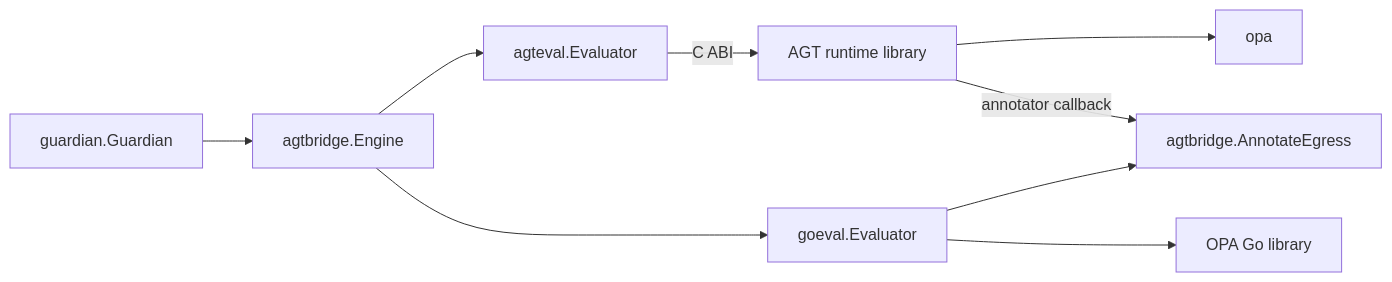
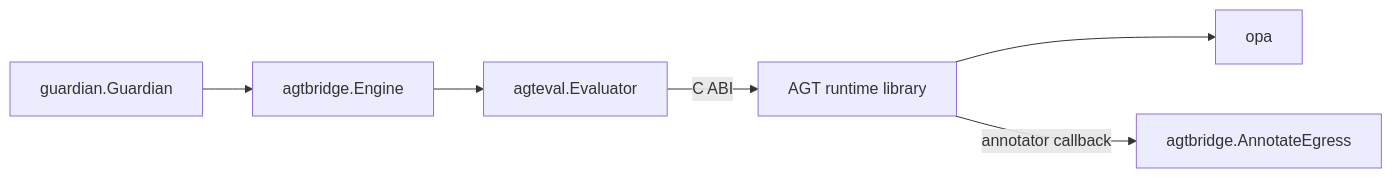
Before and after one commit to GenAI-Security-Project/agent-control-standard: the second of 8 diagrams in reference-implementations/agt-go/docs/architecture.md, drawn with Mermaid. The commit also changed other lines of this file and 49 other files, not shown here.

````diff
--- a/reference-implementations/agt-go/docs/architecture.md
+++ b/reference-implementations/agt-go/docs/architecture.md
@@ -57,11 +56,8 @@
 ```mermaid
 flowchart LR
     G[guardian.Guardian] --> E[agtbridge.Engine]
     E --> A[agteval.Evaluator]
-    E --> R[goeval.Evaluator]
     A -->|C ABI| L[AGT runtime library]
     L --> O[opa]
     L -->|annotator callback| X[agtbridge.AnnotateEgress]
-    R --> X
-    R --> Q[OPA Go library]
 ```
````
